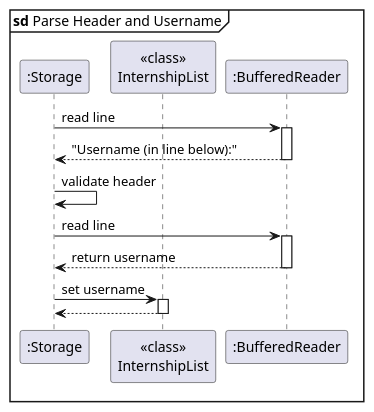
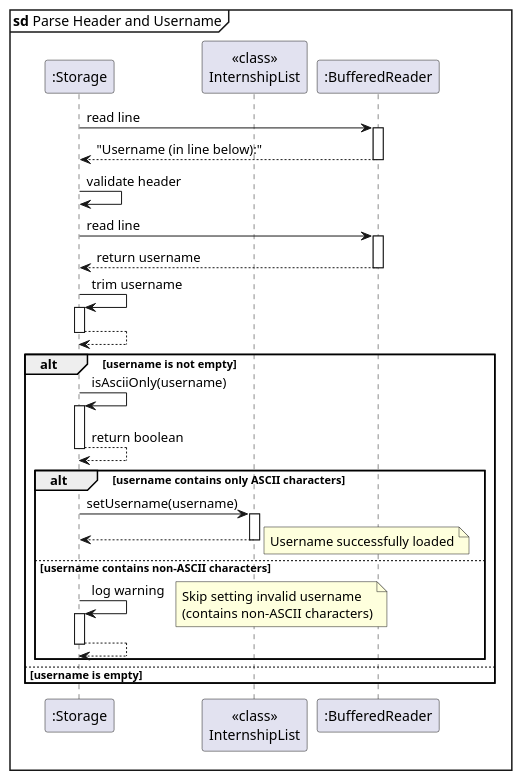
Before and after one commit to AY2526S1-CS2113-W14-4/tp: the diagram in docs/diagrams/StorageLoadSD_B.puml, drawn with PlantUML. The commit also changed 5 other files, not shown here.

```diff
--- a/docs/diagrams/StorageLoadSD_B.puml
+++ b/docs/diagrams/StorageLoadSD_B.puml
@@ -1,24 +1,54 @@
 @startuml
 mainframe **sd** Parse Header and Username
 participant ":Storage" as S
 participant "<<class>>\nInternshipList" as IL
 participant ":BufferedReader" as BR
 
 S -> BR: read line
 activate BR
 BR --> S: "Username (in line below):"
 deactivate BR
 
 S -> S: validate header
 
 S -> BR: read line
 activate BR
 BR --> S: return username
 deactivate BR
 
-S -> IL: set username
-activate IL
-IL --> S
-deactivate IL
+S -> S: trim username
+activate S
+S --> S
+deactivate S
+
+alt username is not empty
+    S -> S: isAsciiOnly(username)
+    activate S
+    S --> S: return boolean
+    deactivate S
+
+    alt username contains only ASCII characters
+        S -> IL: setUsername(username)
+        activate IL
+        IL --> S
+        deactivate IL
+        note right
+            Username successfully loaded
+        end note
+    else username contains non-ASCII characters
+        S -> S: log warning
+        activate S
+        note right
+            Skip setting invalid username
+            (contains non-ASCII characters)
+        end note
+        S --> S
+        deactivate S
+    end
+else username is empty
+    note right
+        Skip empty username
+    end note
+end
 
 @enduml
```
